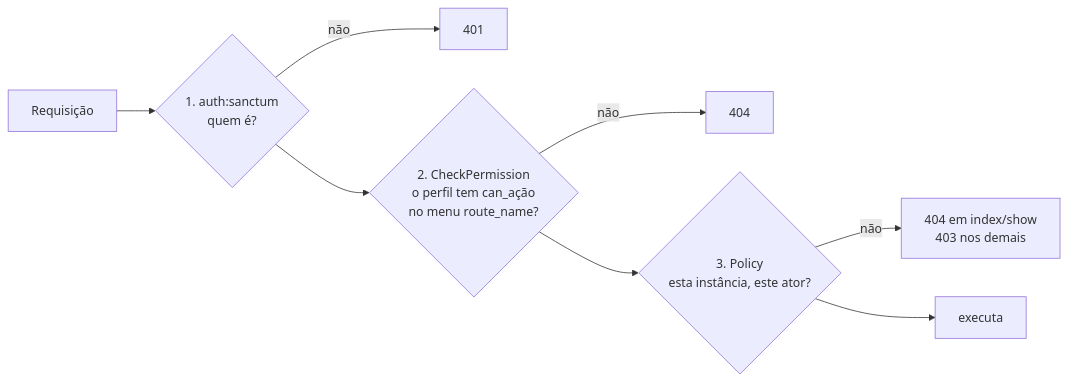
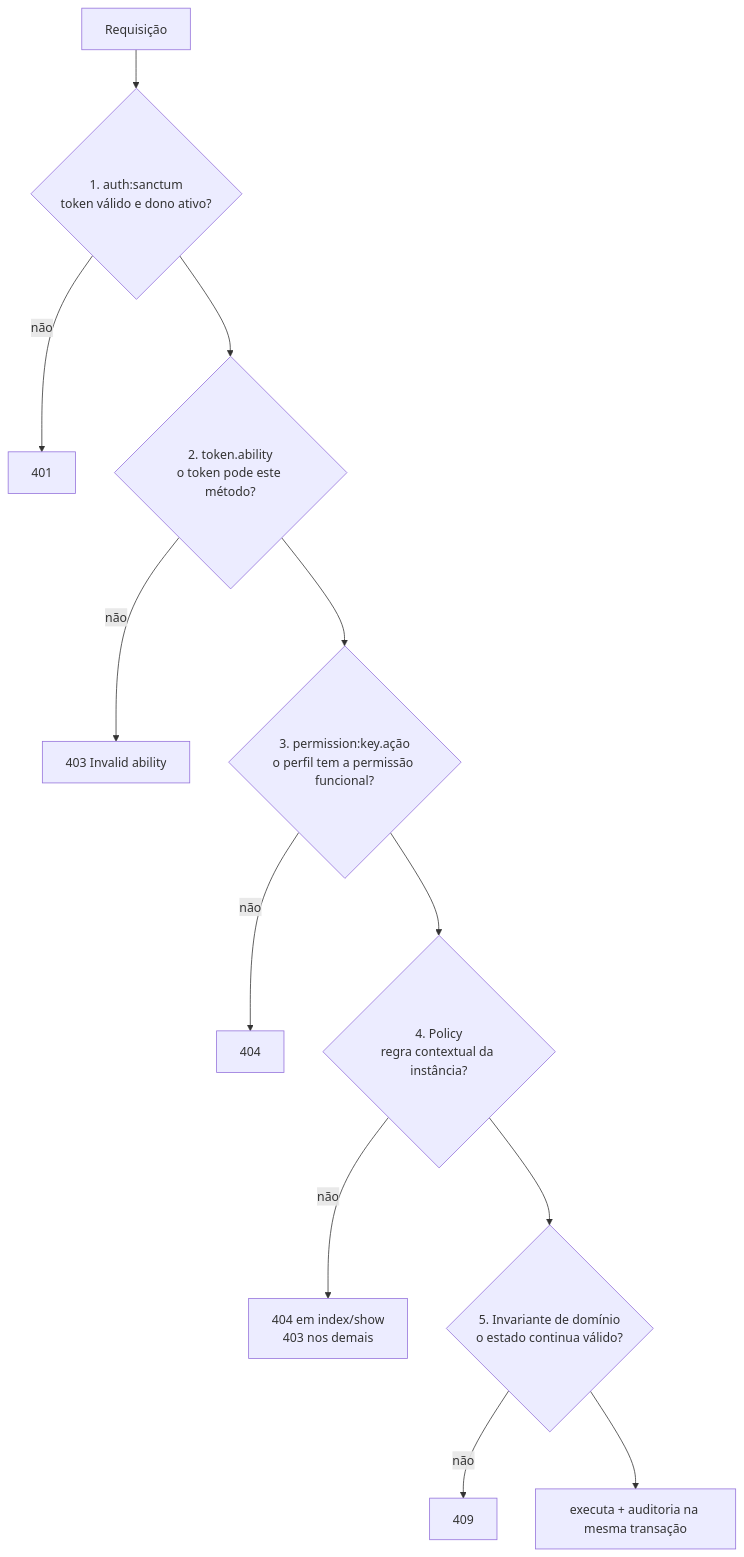
Before and after one commit to RafaSantos04/NAPI: the diagram in docs/security/authorization.md, drawn with Mermaid. The commit also changed other lines of this file and 26 other files, not shown here.

Commit message:
docs(security): registra Fase 3.2 com ADR-0008 de autorização em camadas, supersede ADR-0004/0006 e atualiza findings, threat model, invariantes, API e schema

````diff
--- a/docs/security/authorization.md
+++ b/docs/security/authorization.md
@@ -9,10 +13,14 @@
 ```mermaid
-flowchart LR
-    R[Requisição] --> A{1. auth:sanctum<br/>quem é?}
+flowchart TD
+    R[Requisição] --> A{1. auth:sanctum<br/>token válido e dono ativo?}
     A -- não --> X401[401]
-    A --> M{2. CheckPermission<br/>o perfil tem can_ação<br/>no menu route_name?}
+    A --> T{2. token.ability<br/>o token pode este método?}
+    T -- não --> X403a[403 Invalid ability]
+    T --> M{3. permission:key.ação<br/>o perfil tem a permissão funcional?}
     M -- não --> X404[404]
-    M --> P{3. Policy<br/>esta instância, este ator?}
-    P -- não --> X[404 em index/show<br/>403 nos demais]
-    P --> OK[executa]
+    M --> P{4. Policy<br/>regra contextual da instância?}
+    P -- não --> X403b[404 em index/show<br/>403 nos demais]
+    P --> D{5. Invariante de domínio<br/>o estado continua válido?}
+    D -- não --> X409[409]
+    D --> OK[executa + auditoria na mesma transação]
 ```
````
